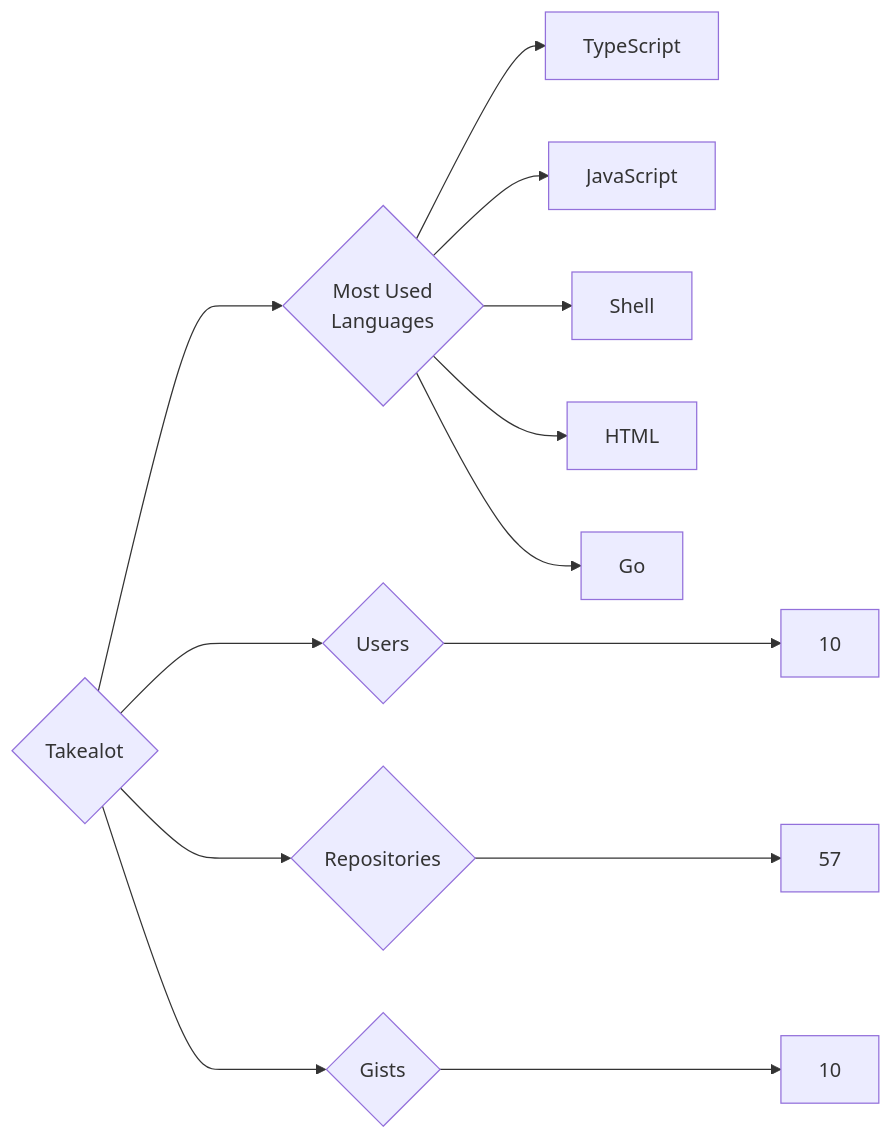
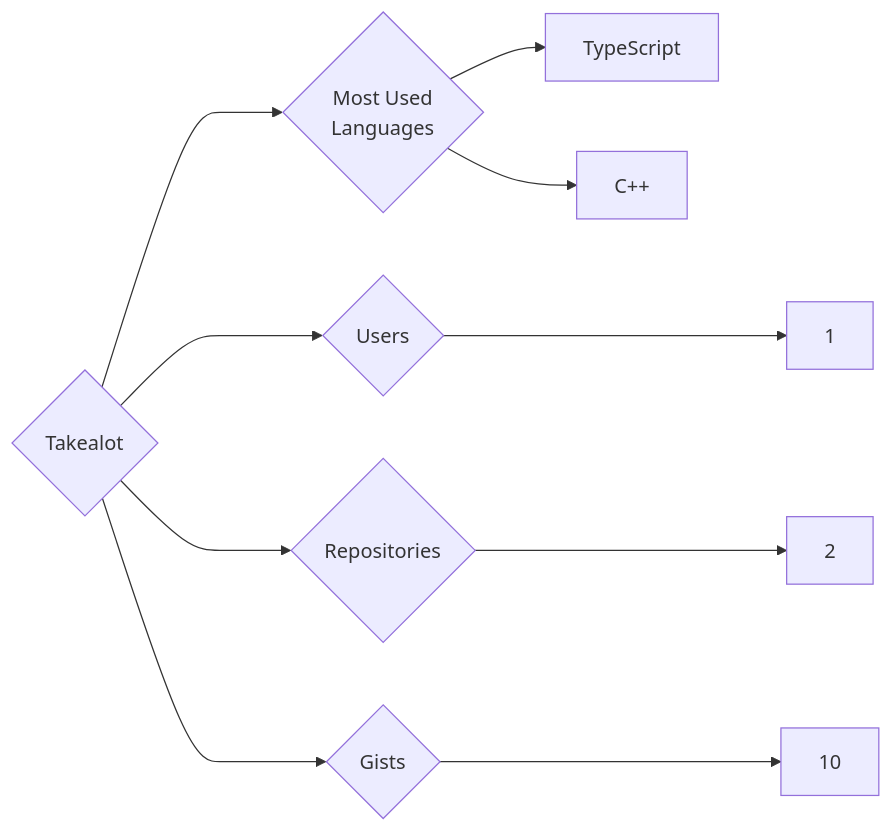
Before and after one commit to trickest/insiders: the diagram in targets/Takealot/README.md, drawn with Mermaid. The commit also changed 870 other files, not shown here.

````diff
--- a/targets/Takealot/README.md
+++ b/targets/Takealot/README.md
@@ -3,13 +3,10 @@
 ```mermaid
 graph LR
 COMPANY_NAME{Takealot}
-COMPANY_NAME ---> U{Users} ---> UN[10]
-COMPANY_NAME ---> R{Repositories} ---> RN[57]
+COMPANY_NAME ---> U{Users} ---> UN[1]
+COMPANY_NAME ---> R{Repositories} ---> RN[2]
 COMPANY_NAME ---> G{Gists} ---> GN[10]
 COMPANY_NAME ---> ML{Most Used<br>Languages}
 ML --> TypeScript[TypeScript]
-ML --> JavaScript[JavaScript]
-ML --> Shell[Shell]
-ML --> HTML[HTML]
-ML --> Go[Go]
+ML --> C++[C++]
 ```
````
